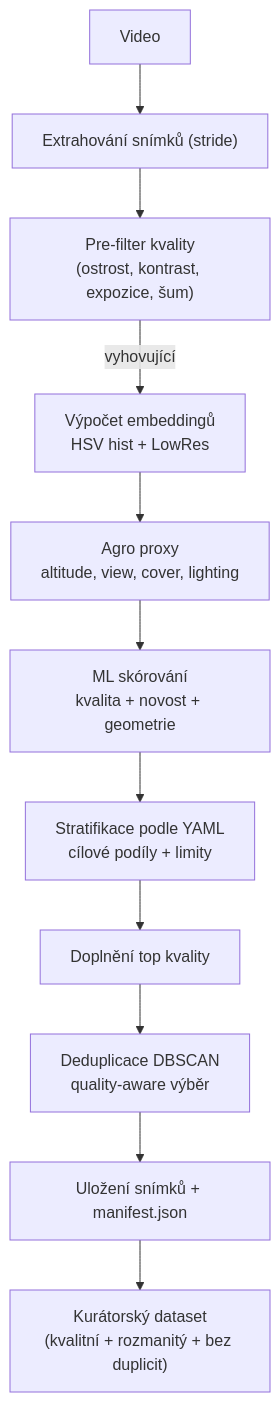
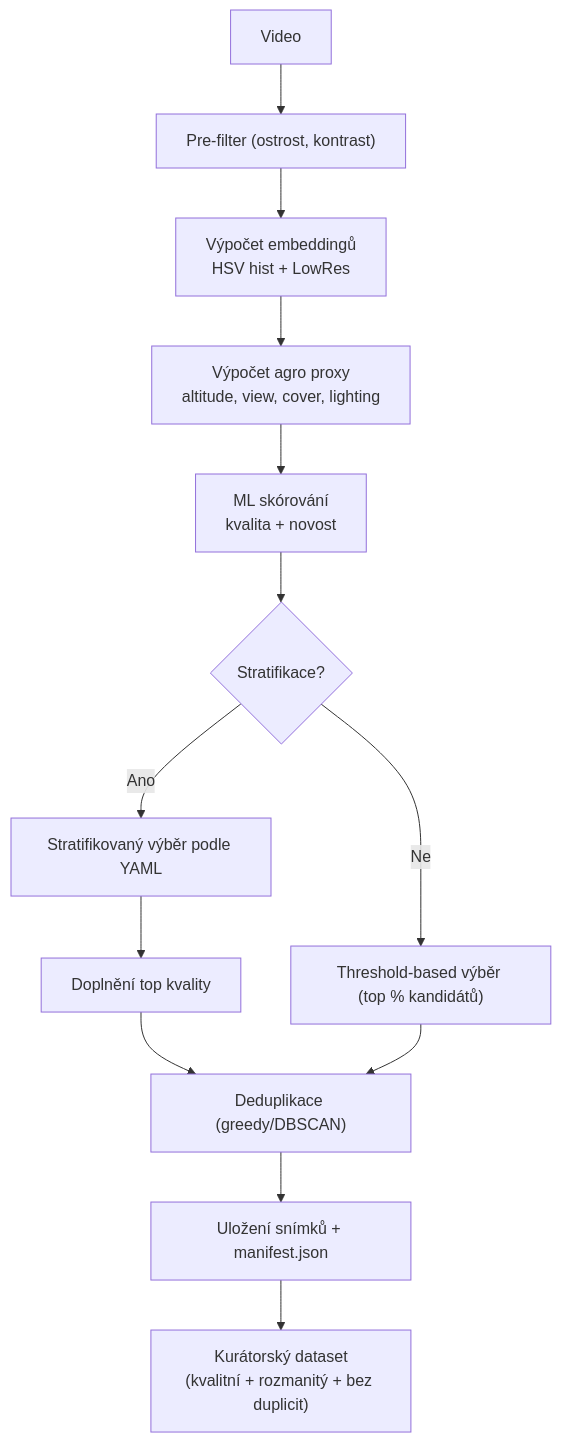
One commit to data4sci/dedup changed the diagram in README.md. Above: the diagram before and after it, drawn with Mermaid. The commit also changed other lines of this file and 2 other files, not shown here.

````diff
--- a/README.md
+++ b/README.md
@@ -55,13 +57,15 @@
 ```mermaid
 flowchart TD
-    A[Video] --> B["Extrahování snímků (stride)"]
-    B --> C["Pre-filter kvality<br/>(ostrost, kontrast, expozice, šum)"]
-    C -->|vyhovující| D["Výpočet embeddingů<br/>HSV hist + LowRes"]
-    D --> E["Agro proxy<br/>altitude, view, cover, lighting"]
-    E --> F["ML skórování<br/>kvalita + novost + geometrie"]
-    F --> G["Stratifikace podle YAML<br/>cílové podíly + limity"]
+    A[Video] --> B["Pre-filter (ostrost, kontrast)"]
+    B --> C["Výpočet embeddingů<br/>HSV hist + LowRes"]
+    C --> D["Výpočet agro proxy<br/>altitude, view, cover, lighting"]
+    D --> E["ML skórování<br/>kvalita + novost"]
+    E --> F{"Stratifikace?"}
+    F -- Ano --> G["Stratifikovaný výběr podle YAML"]
     G --> H["Doplnění top kvality"]
-    H --> I["Deduplicace DBSCAN<br/>quality-aware výběr"]
-    I --> J["Uložení snímků + manifest.json"]
-    J --> K["Kurátorský dataset<br/>(kvalitní + rozmanitý + bez duplicit)"]
+    H --> I["Deduplikace (greedy/DBSCAN)"]
+    F -- Ne --> J["Threshold-based výběr (top % kandidátů)"]
+    J --> I
+    I --> K["Uložení snímků + manifest.json"]
+    K --> L["Kurátorský dataset<br/>(kvalitní + rozmanitý + bez duplicit)"]
 ```
````
